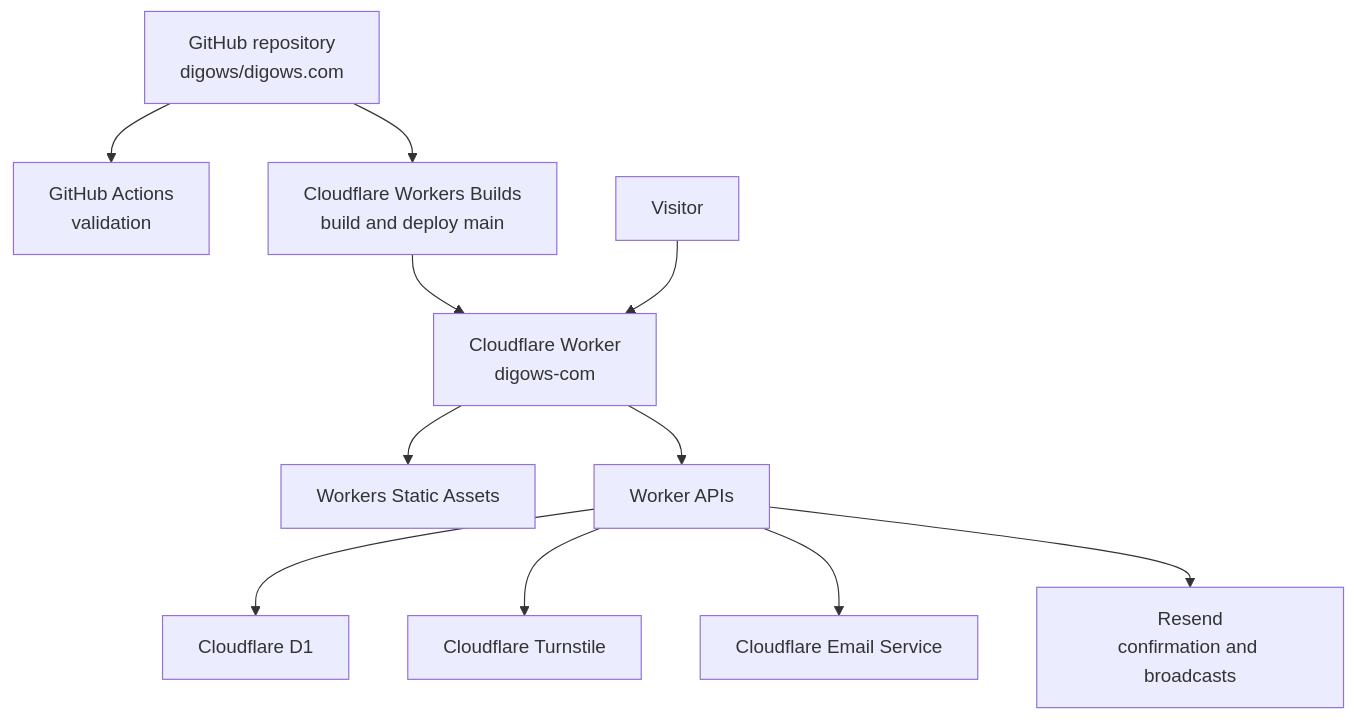
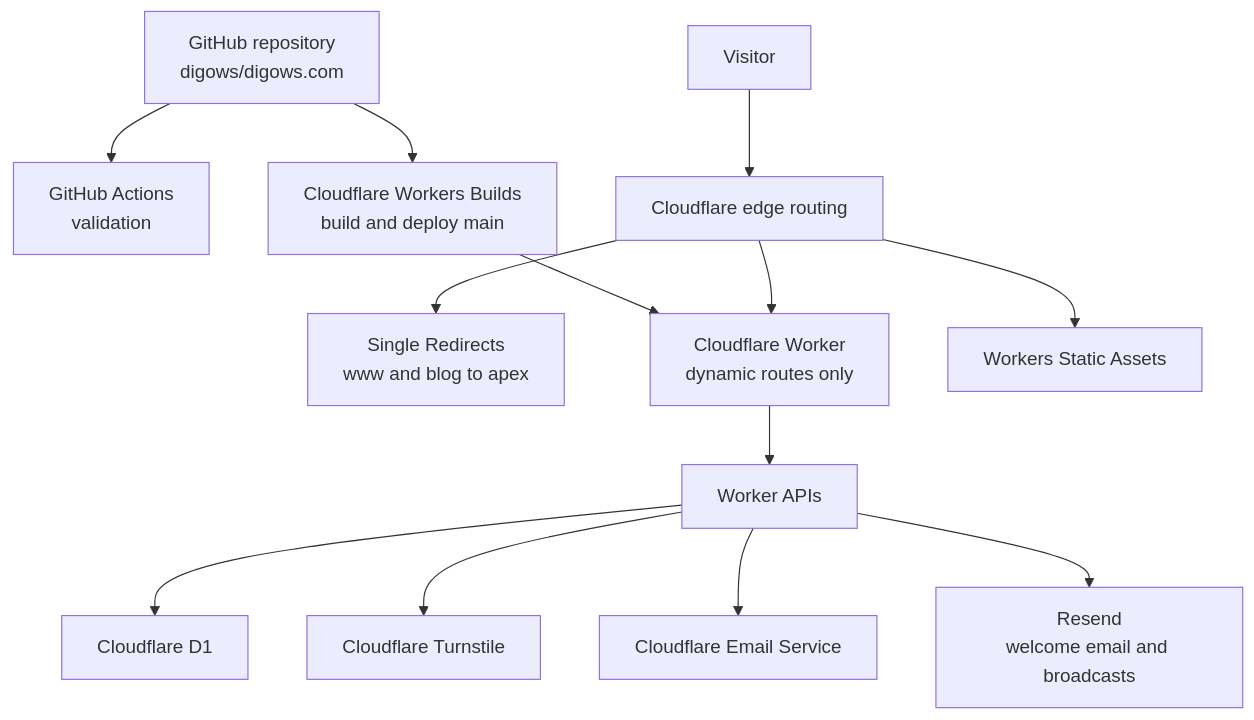
One commit to digows/digows.com changed the diagram in docs/ARCHITECTURE.md. Above: the diagram before and after it, drawn with Mermaid. The commit also changed other lines of this file and 24 other files, not shown here.

Commit message:
feat: simplify newsletter opt-in and worker routing

````diff
--- a/docs/ARCHITECTURE.md
+++ b/docs/ARCHITECTURE.md
@@ -7,25 +7,29 @@
 ```mermaid
 flowchart TD
     GitHub["GitHub repository<br/>digows/digows.com"]
     Actions["GitHub Actions<br/>validation"]
     Builds["Cloudflare Workers Builds<br/>build and deploy main"]
-    Worker["Cloudflare Worker<br/>digows-com"]
+    Edge["Cloudflare edge routing"]
+    Redirects["Single Redirects<br/>www and blog to apex"]
+    Worker["Cloudflare Worker<br/>dynamic routes only"]
     Assets["Workers Static Assets"]
     API["Worker APIs"]
     D1["Cloudflare D1"]
     Turnstile["Cloudflare Turnstile"]
     Email["Cloudflare Email Service"]
-    Resend["Resend<br/>confirmation and broadcasts"]
+    Resend["Resend<br/>welcome email and broadcasts"]
     Visitor["Visitor"]
 
     GitHub --> Actions
     GitHub --> Builds
     Builds --> Worker
-    Visitor --> Worker
-    Worker --> Assets
+    Visitor --> Edge
+    Edge --> Redirects
+    Edge --> Assets
+    Edge --> Worker
     Worker --> API
     API --> D1
     API --> Turnstile
     API --> Email
     API --> Resend
 ```
````
